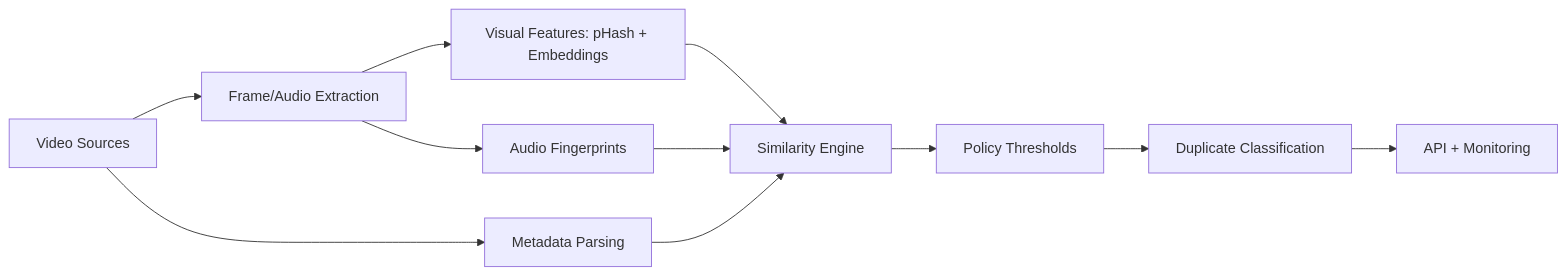
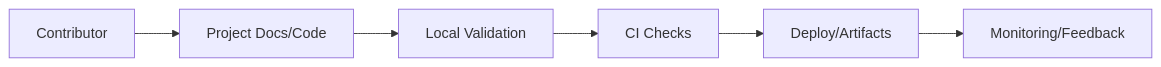
Before and after one commit to samueljackson-collab/Portfolio-Project: the first of 2 diagrams in projects/astradup-video-deduplication/README.md, drawn with Mermaid. The commit also changed other lines of this file and 85 other files, not shown here.

````diff
--- a/projects/astradup-video-deduplication/README.md
+++ b/projects/astradup-video-deduplication/README.md
@@ -215,13 +27,8 @@
 ```mermaid
 flowchart LR
-  A[Video Sources] --> B[Frame/Audio Extraction]
-  B --> C[Visual Features: pHash + Embeddings]
-  B --> D[Audio Fingerprints]
-  A --> E[Metadata Parsing]
-  C --> F[Similarity Engine]
-  D --> F
-  E --> F
-  F --> G[Policy Thresholds]
-  G --> H[Duplicate Classification]
-  H --> I[API + Monitoring]
+  A[Contributor] --> B[Project Docs/Code]
+  B --> C[Local Validation]
+  C --> D[CI Checks]
+  D --> E[Deploy/Artifacts]
+  E --> F[Monitoring/Feedback]
 ```
````
